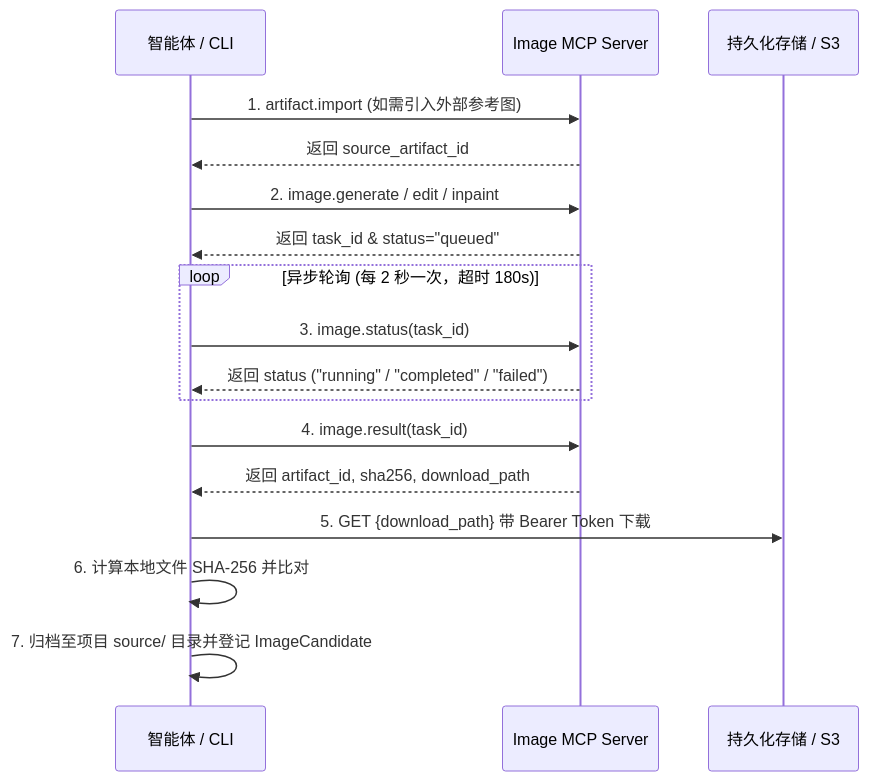
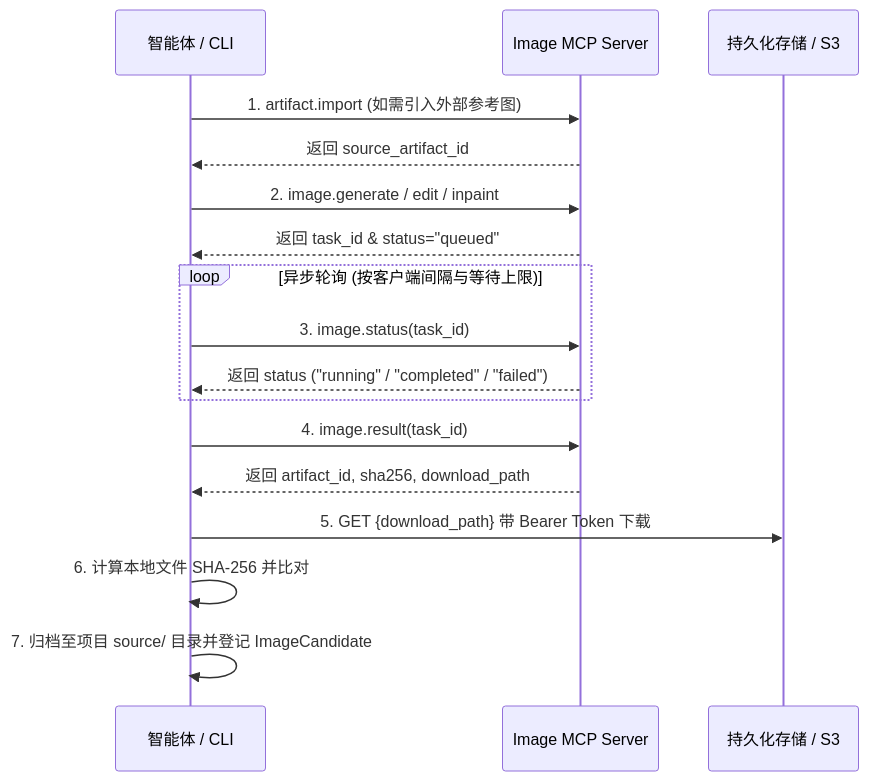
Before and after one commit to verdantflarehub/verdantflare-skills: the diagram in skills/verdantflare-image/references/workflow.md, drawn with Mermaid. The commit also changed other lines of this file and 24 other files, not shown here.

````diff
--- a/skills/verdantflare-image/references/workflow.md
+++ b/skills/verdantflare-image/references/workflow.md
@@ -17,23 +17,23 @@
 ```mermaid
 sequenceDiagram
     participant Agent as 智能体 / CLI
     participant MCP as Image MCP Server
     participant Storage as 持久化存储 / S3
 
     Agent->>MCP: 1. artifact.import (如需引入外部参考图)
     MCP-->>Agent: 返回 source_artifact_id
     Agent->>MCP: 2. image.generate / edit / inpaint
     MCP-->>Agent: 返回 task_id & status="queued"
 
-    loop 异步轮询 (每 2 秒一次，超时 180s)
+    loop 异步轮询 (按客户端间隔与等待上限)
         Agent->>MCP: 3. image.status(task_id)
         MCP-->>Agent: 返回 status ("running" / "completed" / "failed")
     end
 
     Agent->>MCP: 4. image.result(task_id)
     MCP-->>Agent: 返回 artifact_id, sha256, download_path
 
     Agent->>Storage: 5. GET {download_path} 带 Bearer Token 下载
     Agent->>Agent: 6. 计算本地文件 SHA-256 并比对
     Agent->>Agent: 7. 归档至项目 source/ 目录并登记 ImageCandidate
 ```
````
